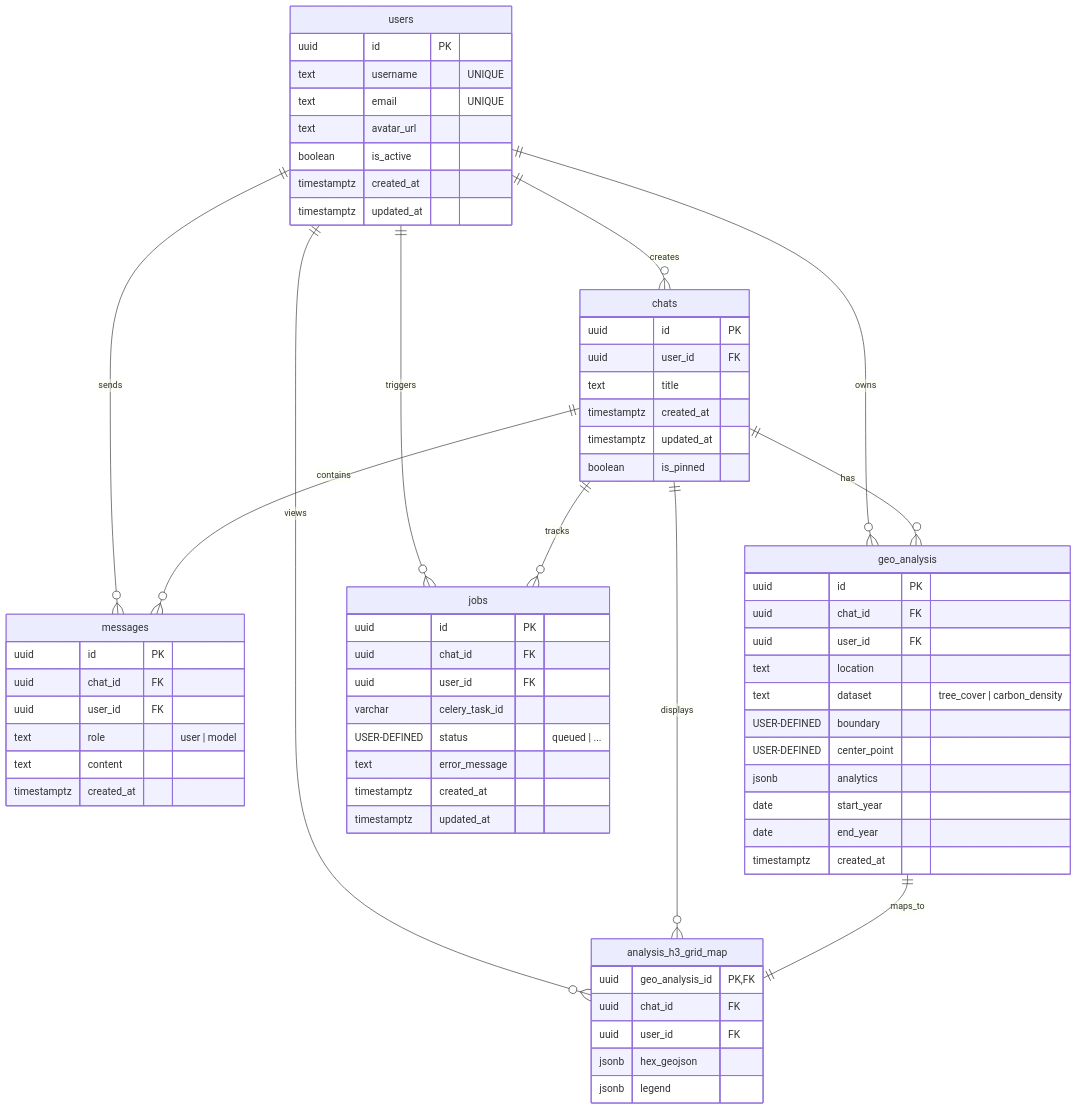
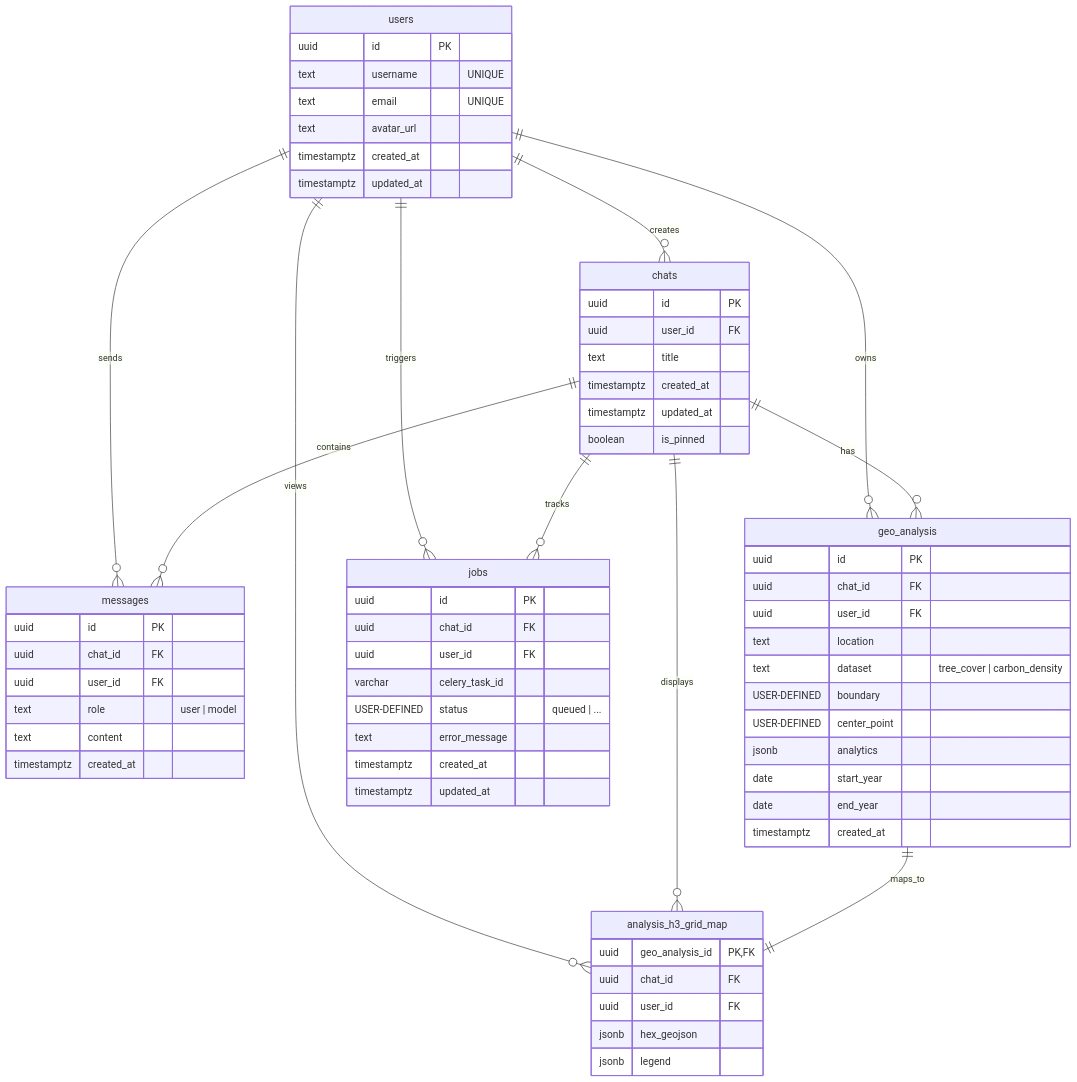
The diagram in README.md (Harilala42/Canopiq), drawn with Mermaid before and after one commit. The commit also changed other lines of this file and 36 other files, not shown here.

````diff
--- a/README.md
+++ b/README.md
@@ -43,76 +41,75 @@
 ```mermaid
 erDiagram
 	users {
 		uuid id PK
 		text username "UNIQUE"
 		text email "UNIQUE"
 		text avatar_url
-		boolean is_active
 		timestamptz created_at
 		timestamptz updated_at
 	}
 
 	chats {
 		uuid id PK
 		uuid user_id FK
 		text title
 		timestamptz created_at
 		timestamptz updated_at
 		boolean is_pinned
 	}
 
 	messages {
 		uuid id PK
 		uuid chat_id FK
 		uuid user_id FK
 		text role "user | model"
 		text content
 		timestamptz created_at
 	}
 
 	geo_analysis {
 		uuid id PK
 		uuid chat_id FK
 		uuid user_id FK
 		text location
 		text dataset "tree_cover | carbon_density"
 		USER-DEFINED boundary
 		USER-DEFINED center_point
 		jsonb analytics
 		date start_year
 		date end_year
 		timestamptz created_at
 	}
 
 	jobs {
 		uuid id PK
 		uuid chat_id FK
 		uuid user_id FK
 		varchar celery_task_id
 		USER-DEFINED status "queued | ..."
 		text error_message
 		timestamptz created_at
 		timestamptz updated_at
 	}
 
 	analysis_h3_grid_map {
 		uuid geo_analysis_id PK, FK
 		uuid chat_id FK
 		uuid user_id FK
 		jsonb hex_geojson
 		jsonb legend
 	}
 
 	users ||--o{ chats : "creates"
 	users ||--o{ messages : "sends"
 	users ||--o{ geo_analysis : "owns"
 	users ||--o{ jobs : "triggers"
 	users ||--o{ analysis_h3_grid_map : "views"
 
 	chats ||--o{ messages : "contains"
 	chats ||--o{ geo_analysis : "has"
 	chats ||--o{ jobs : "tracks"
 	chats ||--o{ analysis_h3_grid_map : "displays"
 
 	geo_analysis ||--|| analysis_h3_grid_map : "maps_to"
 ```
````
